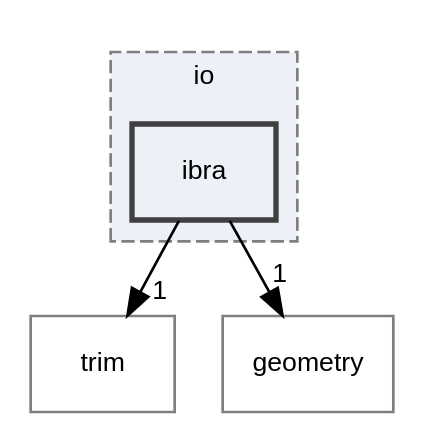
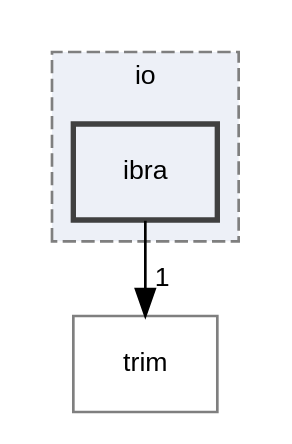
Before and after one commit to rath3t/dune-iga-doc: the diagram in dir_440ded016e37adf92567ec9f8d67bf61_dep.dot, drawn with Graphviz. The commit also changed 1230 other files, not shown here.

```diff
--- a/dir_440ded016e37adf92567ec9f8d67bf61_dep.dot
+++ b/dir_440ded016e37adf92567ec9f8d67bf61_dep.dot
@@ -1,15 +1,13 @@
 digraph "ibra"
 {
  // LATEX_PDF_SIZE
   edge [fontname="Helvetica",fontsize="10",labelfontname="Helvetica",labelfontsize="10"];
   node [fontname="Helvetica",fontsize="10",shape=record];
   compound=true
   subgraph clusterdir_c3ccff8517fbe337b2b8ad503c3a1590 {
     graph [ bgcolor="#edf0f7", pencolor="grey50", style="filled,dashed,", label="io", fontname="Helvetica", fontsize="10", URL="dir_c3ccff8517fbe337b2b8ad503c3a1590.html"]
   dir_440ded016e37adf92567ec9f8d67bf61 [shape=box, label="ibra", style="filled,bold,", fillcolor="#edf0f7", color="grey25", URL="dir_440ded016e37adf92567ec9f8d67bf61.html"];
   }
   dir_3a8a27db37838cd238997301ec88b300 [shape=box, label="trim", style="", fillcolor="#edf0f7", color="grey50", URL="dir_3a8a27db37838cd238997301ec88b300.html"];
-  dir_b534248905b8119b36a62f0ff7e8fe43 [shape=box, label="geometry", style="", fillcolor="#edf0f7", color="grey50", URL="dir_b534248905b8119b36a62f0ff7e8fe43.html"];
-  dir_440ded016e37adf92567ec9f8d67bf61->dir_3a8a27db37838cd238997301ec88b300 [headlabel="1", labeldistance=1.5 headhref="dir_000005_000010.html"];
-  dir_440ded016e37adf92567ec9f8d67bf61->dir_b534248905b8119b36a62f0ff7e8fe43 [headlabel="1", labeldistance=1.5 headhref="dir_000005_000003.html"];
+  dir_440ded016e37adf92567ec9f8d67bf61->dir_3a8a27db37838cd238997301ec88b300 [headlabel="1", labeldistance=1.5 headhref="dir_000005_000011.html"];
 }
```
